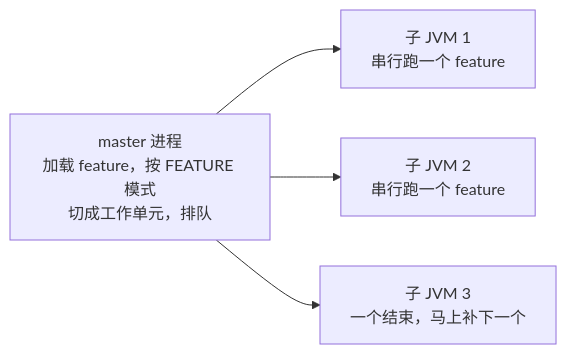
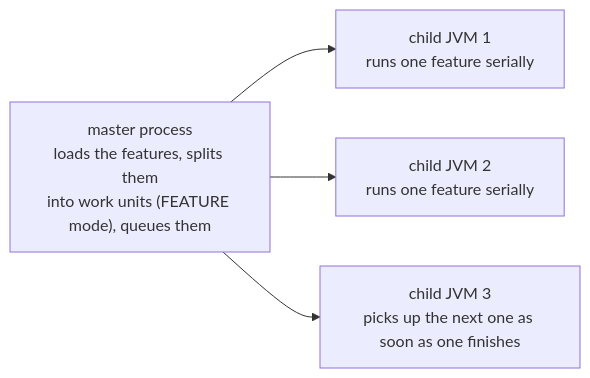
The fourth of 6 diagrams in docs/demo/oreo-kt-confluence.md (Hellen-Zhu/Oreo-e2e), drawn with Mermaid before and after one commit. The commit also changed other lines of this file and 1 other file, not shown here.

````diff
--- a/docs/demo/oreo-kt-confluence.md
+++ b/docs/demo/oreo-kt-confluence.md
@@ -189,6 +206,6 @@
 ```mermaid
 flowchart LR
-    M["master 进程<br/>加载 feature，按 FEATURE 模式<br/>切成工作单元，排队"] --> C1["子 JVM 1<br/>串行跑一个 feature"]
-    M --> C2["子 JVM 2<br/>串行跑一个 feature"]
-    M --> C3["子 JVM 3<br/>一个结束，马上补下一个"]
+    M["master process<br/>loads the features, splits them<br/>into work units (FEATURE mode), queues them"] --> C1["child JVM 1<br/>runs one feature serially"]
+    M --> C2["child JVM 2<br/>runs one feature serially"]
+    M --> C3["child JVM 3<br/>picks up the next one as soon as one finishes"]
 ```
````
